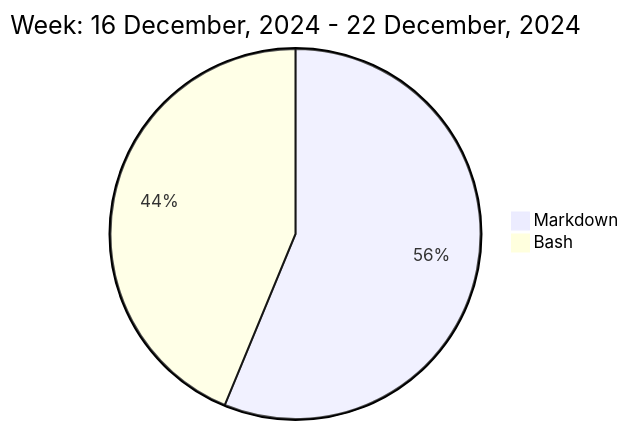
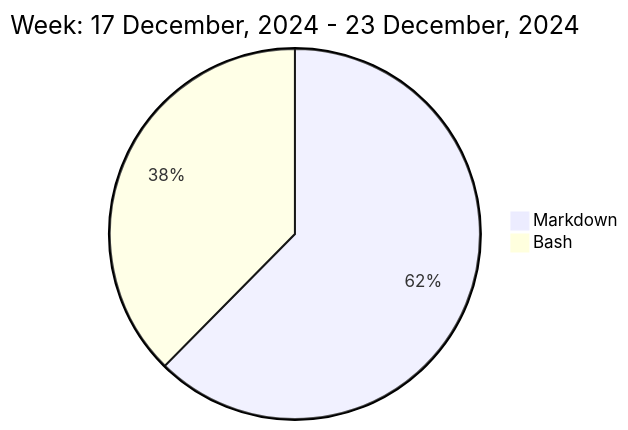
Before and after one commit to liubin95/liubin95: the diagram in README.md, drawn with Mermaid.

Commit message:
Updated the Graph with new Metrics

````diff
--- a/README.md
+++ b/README.md
@@ -37,6 +37,6 @@
 ```mermaid
  pie
-title Week: 16 December, 2024 - 22 December, 2024
- "Markdown" : 3.02
- "Bash" : 2.35
+title Week: 17 December, 2024 - 23 December, 2024
+ "Markdown" : 3.65
+ "Bash" : 2.2
 ```
````
